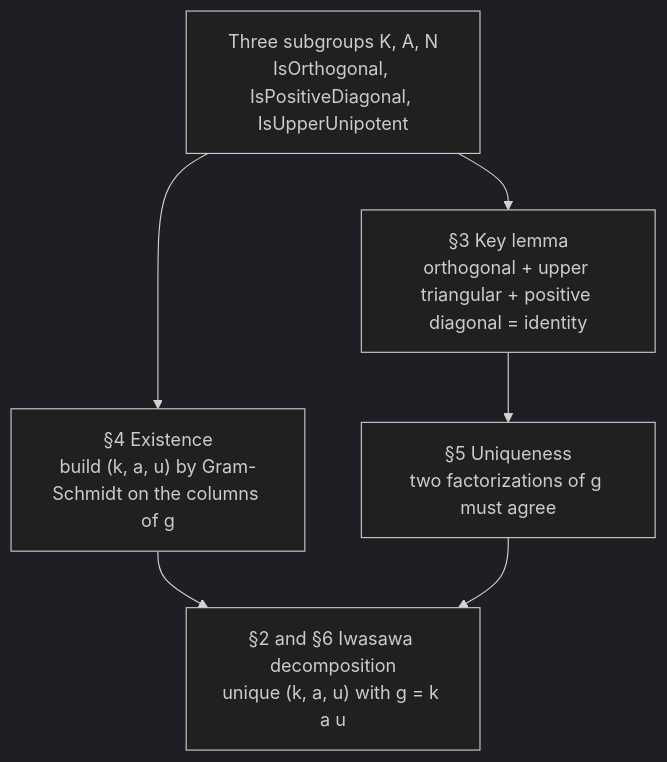
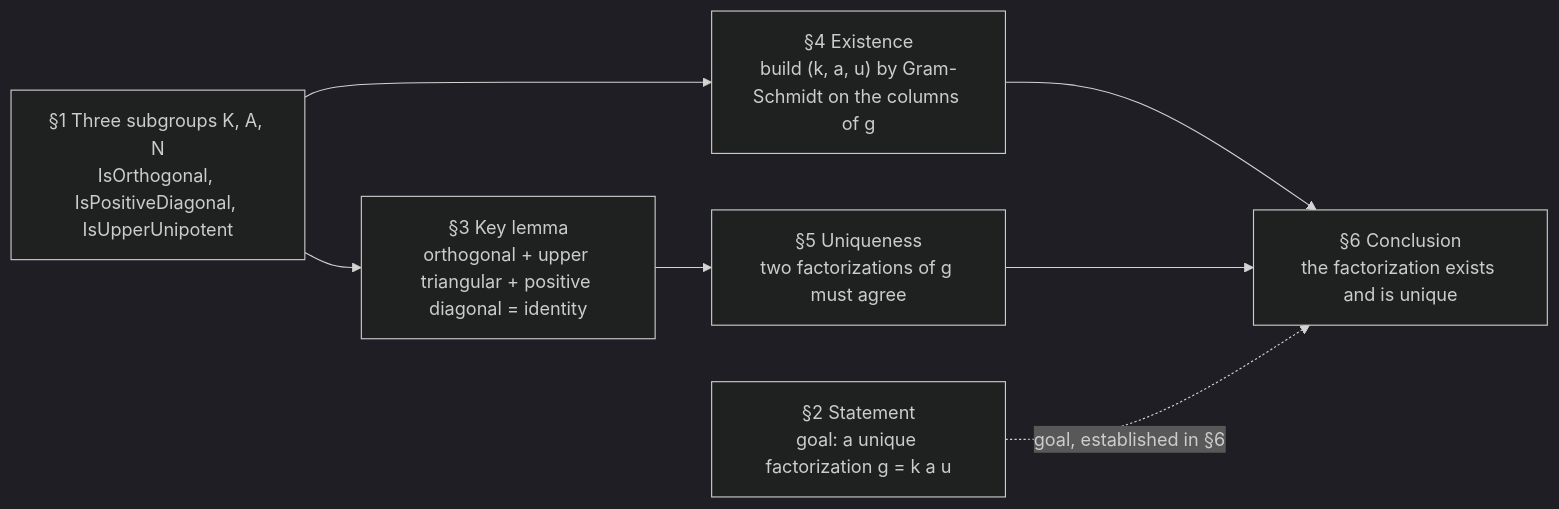
The first of 3 diagrams in README.md (CuteSurtr/Iwasawa_Decomposition), drawn with Mermaid (dark theme) before and after one commit. The commit also changed other lines of this file, not shown here.

Commit message:
fix opening README diagram: §6 is the sole conclusion sink, §2 is shown as the goal, and the flow reads left to right

````diff
--- a/README.md
+++ b/README.md
@@ -36,13 +37,12 @@
 ```mermaid
-flowchart TD
-    KAN["Three subgroups K, A, N<br/>IsOrthogonal, IsPositiveDiagonal, IsUpperUnipotent"]
+flowchart LR
+    STMT["§2 Statement<br/>goal: a unique factorization g = k a u"]
+    KAN["§1 Three subgroups K, A, N<br/>IsOrthogonal, IsPositiveDiagonal, IsUpperUnipotent"]
     KEY["§3 Key lemma<br/>orthogonal + upper triangular + positive diagonal = identity"]
     EX["§4 Existence<br/>build (k, a, u) by Gram-Schmidt on the columns of g"]
     UNIQ["§5 Uniqueness<br/>two factorizations of g must agree"]
-    THM["§2 and §6 Iwasawa decomposition<br/>unique (k, a, u) with g = k a u"]
-    KAN --> KEY
-    KAN --> EX
-    KEY --> UNIQ
-    EX --> THM
-    UNIQ --> THM
+    CONC["§6 Conclusion<br/>the factorization exists and is unique"]
+    KAN --> EX --> CONC
+    KAN --> KEY --> UNIQ --> CONC
+    STMT -.->|"goal, established in §6"| CONC
 ```
````
